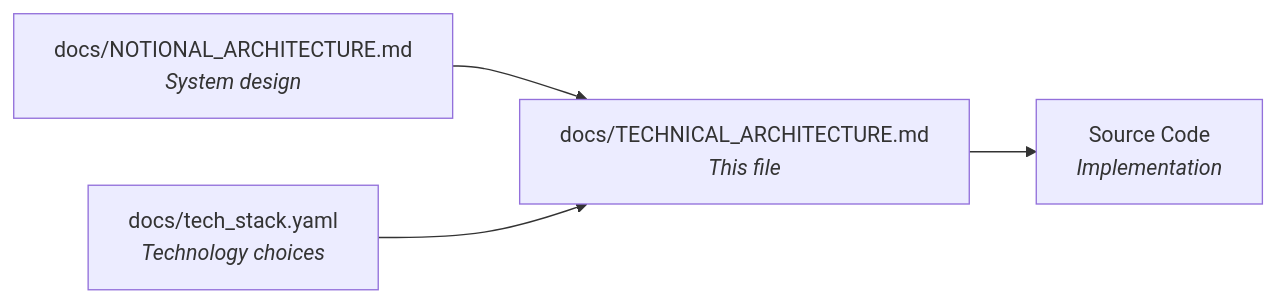
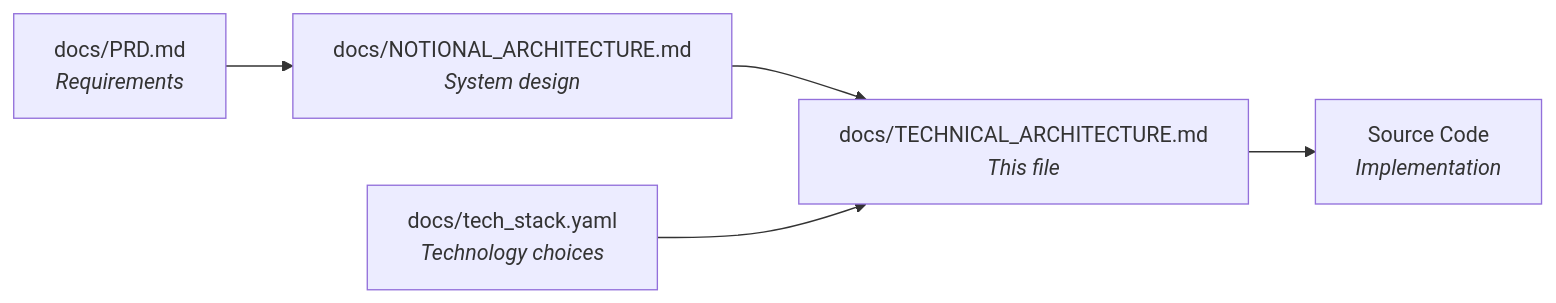
Before and after one commit to sreenivasmrpivot/legobuilder: the diagram in docs/TECHNICAL_ARCHITECTURE.md, drawn with Mermaid. The commit also changed other lines of this file, not shown here.

First line of the commit message:
docs: Technical Architecture following Spectra template

````diff
--- a/docs/TECHNICAL_ARCHITECTURE.md
+++ b/docs/TECHNICAL_ARCHITECTURE.md
@@ -47,11 +47,13 @@
 ```mermaid
 graph LR
+    PRD["docs/PRD.md<br/><i>Requirements</i>"]
     NOTIONAL["docs/NOTIONAL_ARCHITECTURE.md<br/><i>System design</i>"]
     TECH_STACK["docs/tech_stack.yaml<br/><i>Technology choices</i>"]
     TECHNICAL["docs/TECHNICAL_ARCHITECTURE.md<br/><i>This file</i>"]
     CODE["Source Code<br/><i>Implementation</i>"]
 
+    PRD --> NOTIONAL
     NOTIONAL --> TECHNICAL
     TECH_STACK --> TECHNICAL
     TECHNICAL --> CODE
 ```
````
